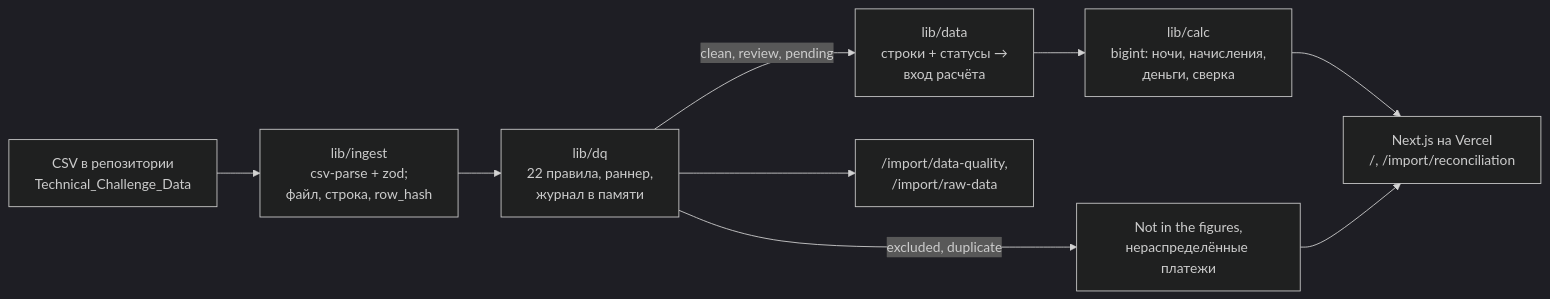
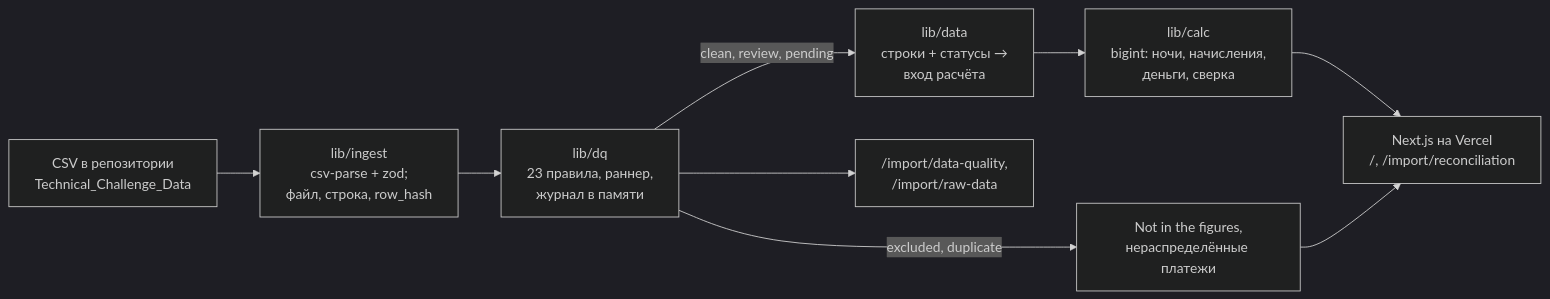
Before and after one commit to ProjectINT/business-system: the third of 4 diagrams in README.md, drawn with Mermaid (dark theme). The commit also changed other lines of this file and 13 other files, not shown here.

````diff
--- a/README.md
+++ b/README.md
@@ -336,11 +338,11 @@
 ```mermaid
 flowchart LR
   CSV["CSV в репозитории<br/>Technical_Challenge_Data"] --> ING["lib/ingest<br/>csv-parse + zod;<br/>файл, строка, row_hash"]
-  ING --> DQ["lib/dq<br/>22 правила, раннер,<br/>журнал в памяти"]
+  ING --> DQ["lib/dq<br/>23 правила, раннер,<br/>журнал в памяти"]
   DQ -->|"clean, review, pending"| DATA["lib/data<br/>строки + статусы →<br/>вход расчёта"]
   DQ -->|"excluded, duplicate"| OUT["Not in the figures,<br/>нераспределённые платежи"]
   DATA --> CALC["lib/calc<br/>bigint: ночи, начисления,<br/>деньги, сверка"]
   CALC --> UI["Next.js на Vercel<br/>/, /import/reconciliation"]
   OUT --> UI
   DQ --> QUAL["/import/data-quality,<br/>/import/raw-data"]
 ```
````
